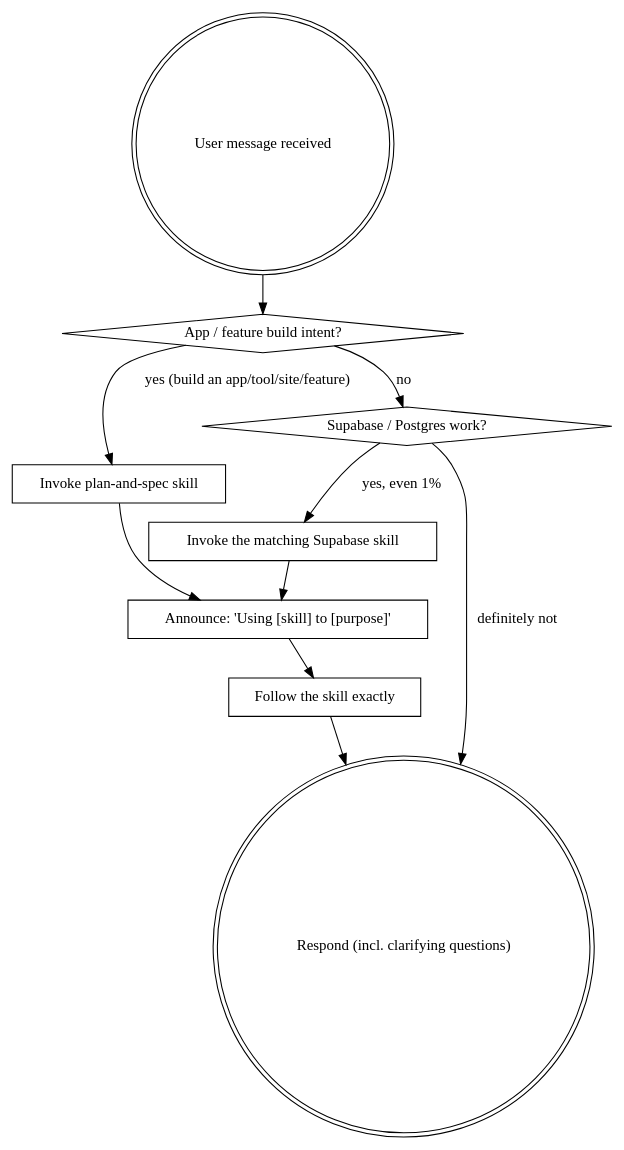
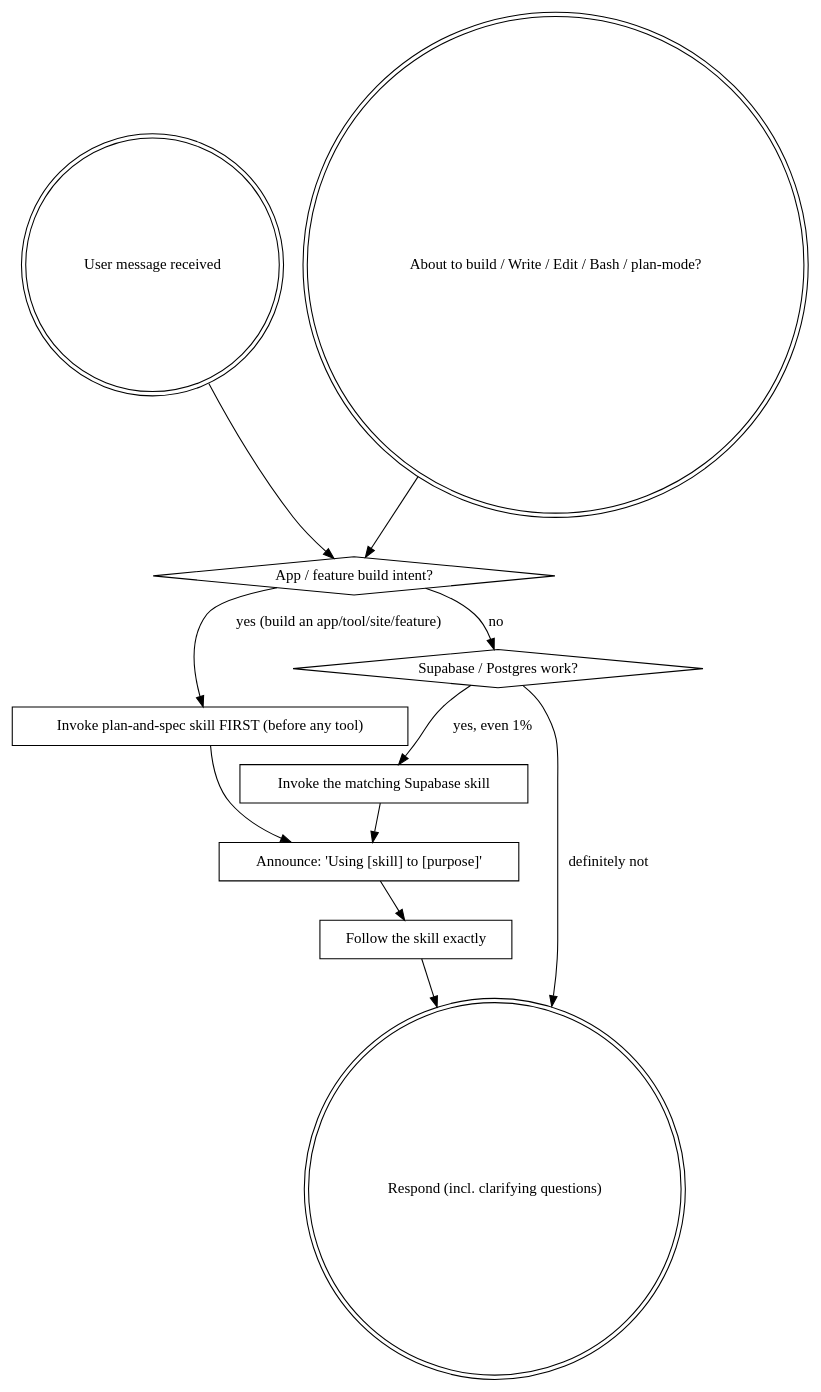
The diagram in skills/using-designer-workflow/SKILL.md (potenlab/designer-workflow), drawn with Graphviz before and after one commit. The commit also changed other lines of this file and 1 other file, not shown here.

````diff
--- a/skills/using-designer-workflow/SKILL.md
+++ b/skills/using-designer-workflow/SKILL.md
@@ -70,24 +87,29 @@
 ```dot
 digraph dw_flow {
     "User message received" [shape=doublecircle];
+    "About to build / Write / Edit / Bash / plan-mode?" [shape=doublecircle];
     "App / feature build intent?" [shape=diamond];
-    "Invoke plan-and-spec skill" [shape=box];
+    "Invoke plan-and-spec skill FIRST (before any tool)" [shape=box];
     "Supabase / Postgres work?" [shape=diamond];
     "Invoke the matching Supabase skill" [shape=box];
     "Announce: 'Using [skill] to [purpose]'" [shape=box];
     "Follow the skill exactly" [shape=box];
     "Respond (incl. clarifying questions)" [shape=doublecircle];
 
     "User message received" -> "App / feature build intent?";
-    "App / feature build intent?" -> "Invoke plan-and-spec skill" [label="yes (build an app/tool/site/feature)"];
+    // Second entry: catch yourself the instant you're tempted to start building.
+    "About to build / Write / Edit / Bash / plan-mode?" -> "App / feature build intent?";
+    "App / feature build intent?" -> "Invoke plan-and-spec skill FIRST (before any tool)" [label="yes (build an app/tool/site/feature)"];
     "App / feature build intent?" -> "Supabase / Postgres work?" [label="no"];
-    "Invoke plan-and-spec skill" -> "Announce: 'Using [skill] to [purpose]'";
+    "Invoke plan-and-spec skill FIRST (before any tool)" -> "Announce: 'Using [skill] to [purpose]'";
     "Supabase / Postgres work?" -> "Invoke the matching Supabase skill" [label="yes, even 1%"];
     "Supabase / Postgres work?" -> "Respond (incl. clarifying questions)" [label="definitely not"];
     "Invoke the matching Supabase skill" -> "Announce: 'Using [skill] to [purpose]'";
     "Announce: 'Using [skill] to [purpose]'" -> "Follow the skill exactly";
     "Follow the skill exactly" -> "Respond (incl. clarifying questions)";
 }
-// plan-and-spec then drives the rest: clarify → confirm → spec + issues →
+// Two entry points (both double-circles): on every user message AND the moment you catch yourself
+// about to Write/Edit/Bash or enter plan mode for a build. Either way, app/feature intent routes to
+// plan-and-spec FIRST. plan-and-spec then drives the rest: clarify → confirm → spec + issues →
 // on "correct" → goal-loop → design (per story) → verify-in-browser → PR.
 ```
````
